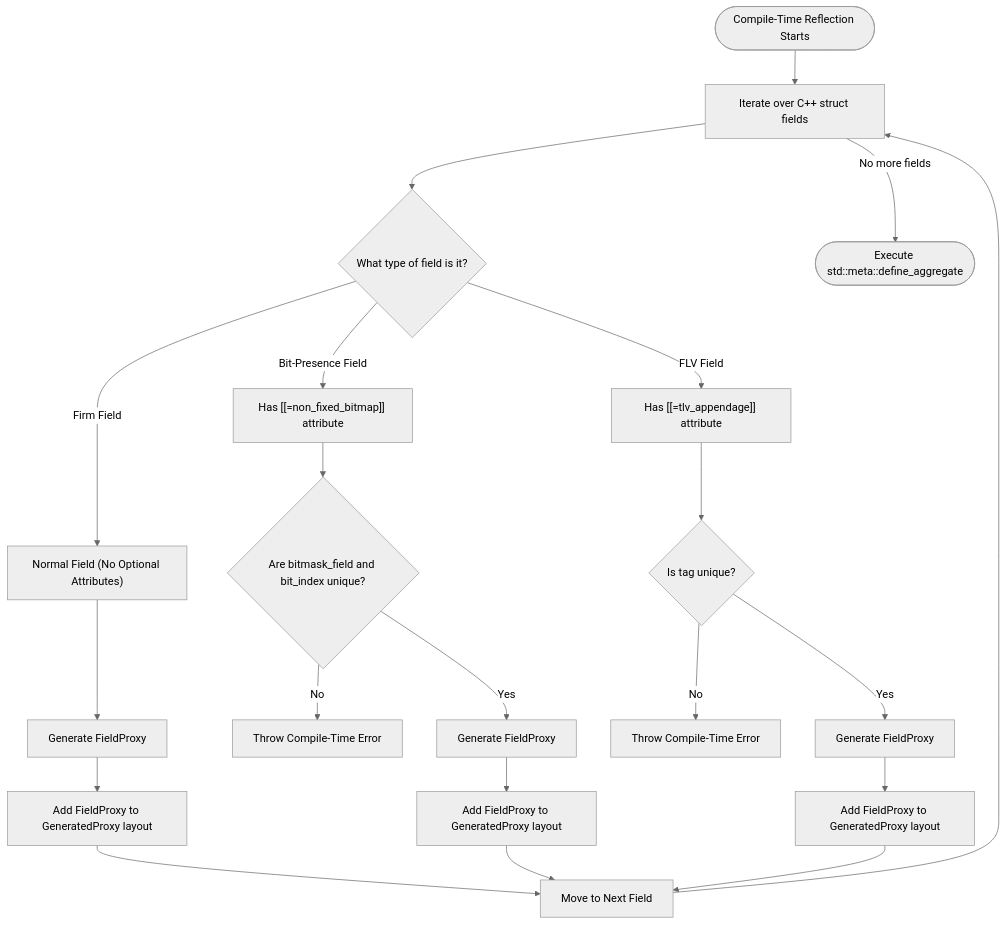
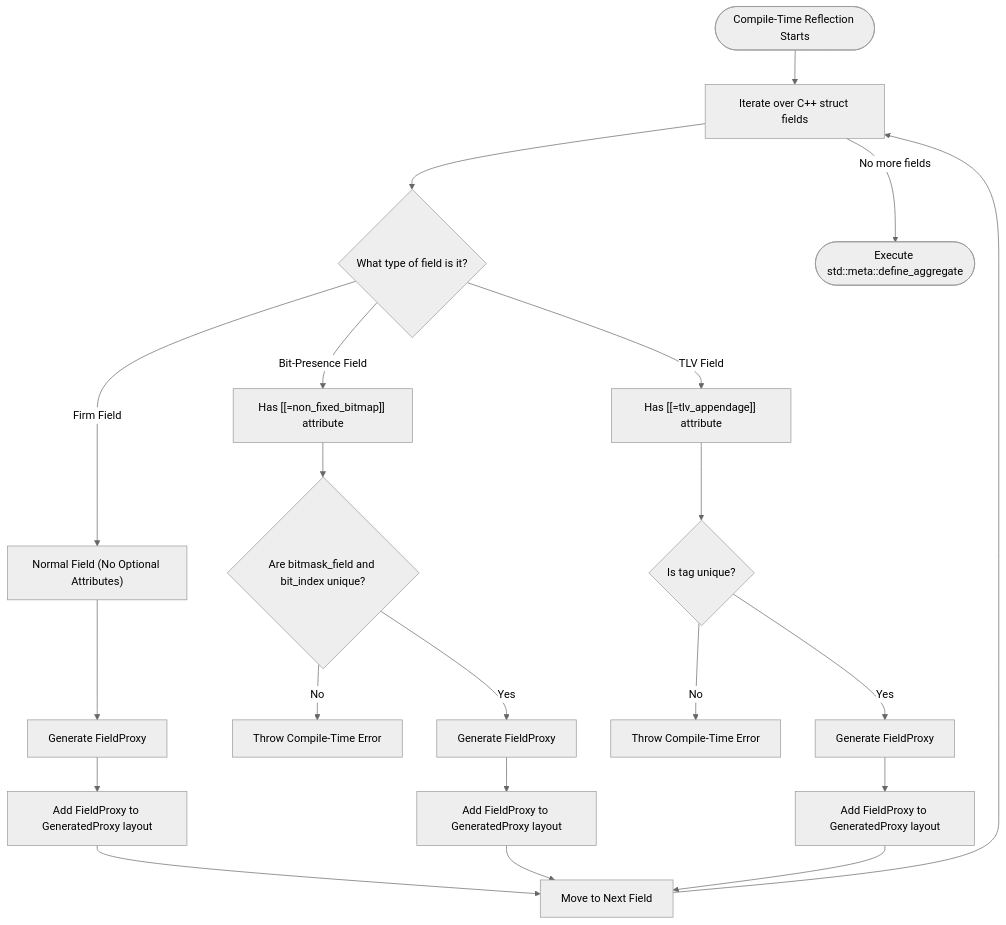
The diagram in README.md (qzeesh-max/Aitvaras), drawn with Mermaid (neutral theme) before and after one commit. The commit also changed other lines of this file, not shown here.

Commit message:
typo fix

````diff
--- a/README.md
+++ b/README.md
@@ -50,31 +50,31 @@
 ```mermaid
 flowchart TD
     Start([Compile-Time Reflection Starts]) --> Iterate[Iterate over C++ struct fields]
     Iterate --> FieldCheck{"What type of field is it?"}
     
     %% Firm Field Path
     FieldCheck -->|Firm Field| FirmPath["Normal Field (No Optional Attributes)"]
     FirmPath --> FirmGenerate["Generate FieldProxy"]
     FirmGenerate --> FirmAdd["Add FieldProxy to GeneratedProxy layout"]
     
     %% Bit-Presence Field Path
     FieldCheck -->|"Bit-Presence Field"| BitPath["Has [[=non_fixed_bitmap]] attribute"]
     BitPath --> BitValidate{"Are bitmask_field and bit_index unique?"}
     BitValidate -->|No| BitThrow["Throw Compile-Time Error"]
     BitValidate -->|Yes| BitGenerate["Generate FieldProxy"]
     BitGenerate --> BitAdd["Add FieldProxy to GeneratedProxy layout"]
     
-    %% FLV (TLV) Field Path
-    FieldCheck -->|"FLV Field"| FLVPath["Has [[=tlv_appendage]] attribute"]
-    FLVPath --> FLVValidate{"Is tag unique?"}
-    FLVValidate -->|No| FLVThrow["Throw Compile-Time Error"]
-    FLVValidate -->|Yes| FLVGenerate["Generate FieldProxy"]
-    FLVGenerate --> FLVAdd["Add FieldProxy to GeneratedProxy layout"]
+    %% TLV Field Path
+    FieldCheck -->|"TLV Field"| TLVPath["Has [[=tlv_appendage]] attribute"]
+    TLVPath --> TLVValidate{"Is tag unique?"}
+    TLVValidate -->|No| TLVThrow["Throw Compile-Time Error"]
+    TLVValidate -->|Yes| TLVGenerate["Generate FieldProxy"]
+    TLVGenerate --> TLVAdd["Add FieldProxy to GeneratedProxy layout"]
     
     FirmAdd --> IterateNext["Move to Next Field"]
     BitAdd --> IterateNext
-    FLVAdd --> IterateNext
+    TLVAdd --> IterateNext
     
     IterateNext --> Iterate
     Iterate -->|No more fields| Done(["Execute std::meta::define_aggregate"])
 ```
````
